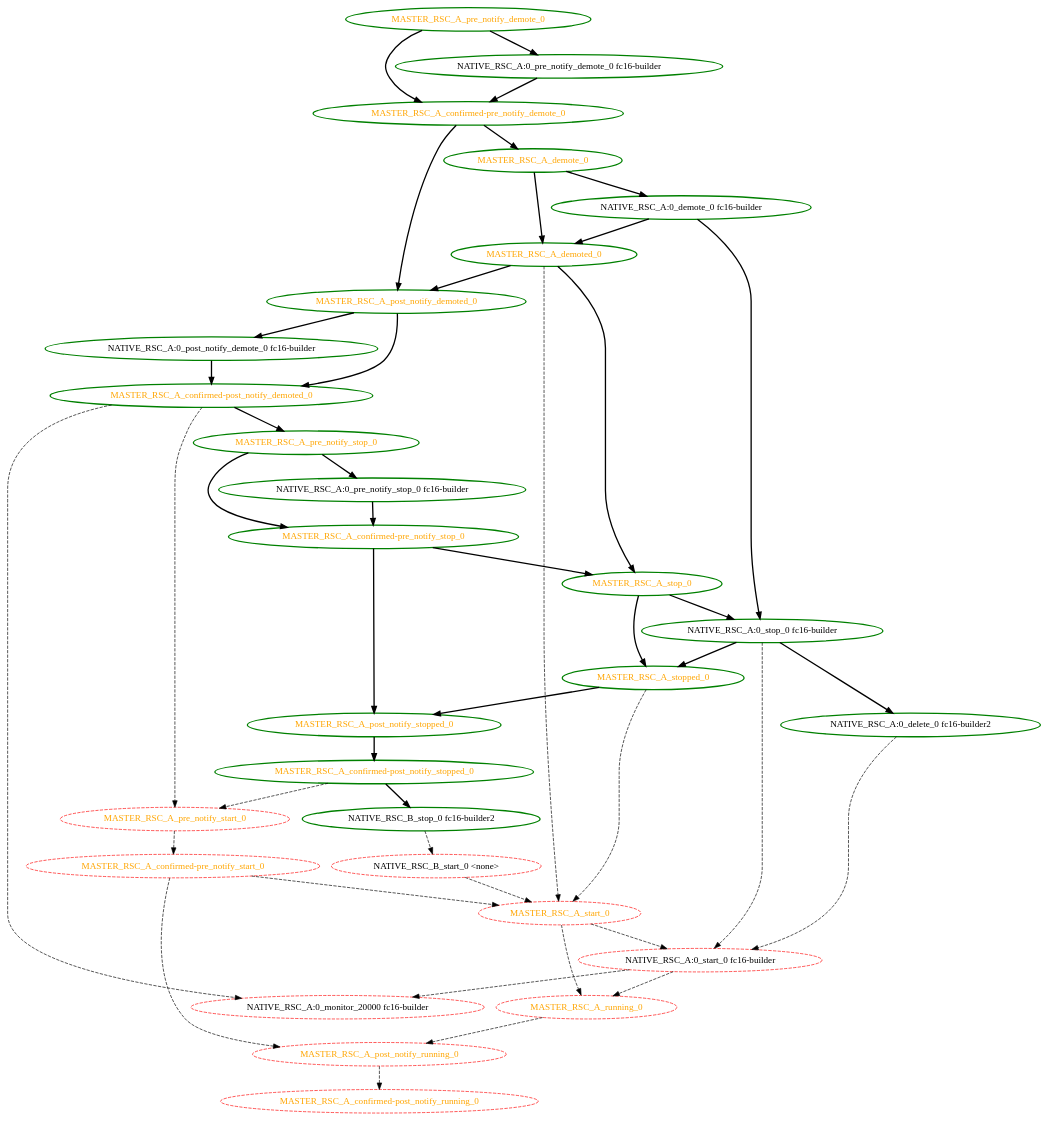
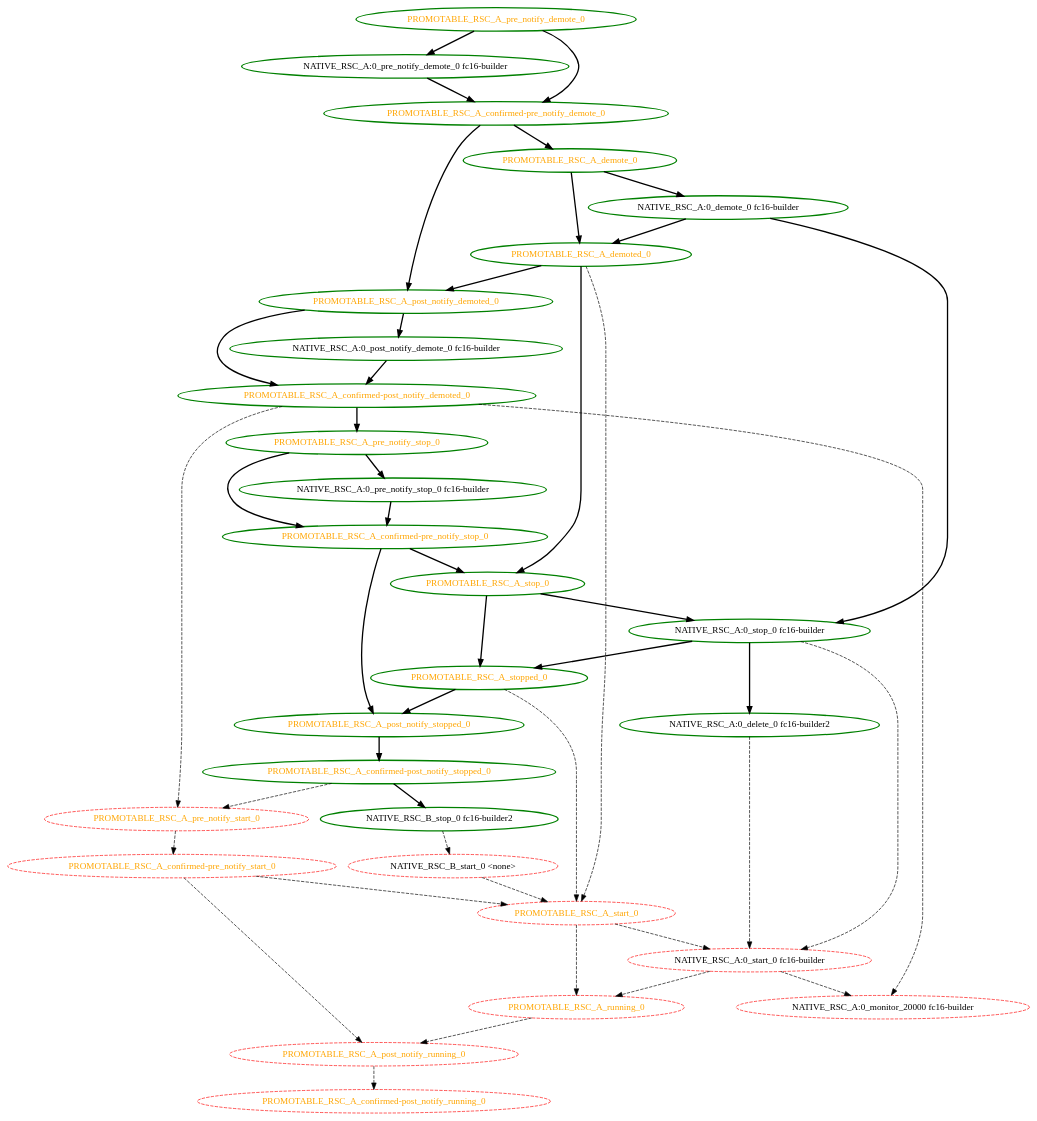
The diagram in cts/scheduler/dot/order_constraint_stops_promoted.dot (ClusterLabs/pacemaker), drawn with Graphviz before and after one commit. The commit also changed 19 other files, not shown here.

```diff
--- a/cts/scheduler/dot/order_constraint_stops_promoted.dot
+++ b/cts/scheduler/dot/order_constraint_stops_promoted.dot
@@ -1,75 +1,75 @@
  digraph "g" {
-"MASTER_RSC_A_confirmed-post_notify_demoted_0" -> "MASTER_RSC_A_pre_notify_start_0" [ style = dashed]
-"MASTER_RSC_A_confirmed-post_notify_demoted_0" -> "MASTER_RSC_A_pre_notify_stop_0" [ style = bold]
-"MASTER_RSC_A_confirmed-post_notify_demoted_0" -> "NATIVE_RSC_A:0_monitor_20000 fc16-builder" [ style = dashed]
-"MASTER_RSC_A_confirmed-post_notify_demoted_0" [ style=bold color="green" fontcolor="orange"]
-"MASTER_RSC_A_confirmed-post_notify_running_0" [ style=dashed color="red" fontcolor="orange"]
-"MASTER_RSC_A_confirmed-post_notify_stopped_0" -> "MASTER_RSC_A_pre_notify_start_0" [ style = dashed]
-"MASTER_RSC_A_confirmed-post_notify_stopped_0" -> "NATIVE_RSC_B_stop_0 fc16-builder2" [ style = bold]
-"MASTER_RSC_A_confirmed-post_notify_stopped_0" [ style=bold color="green" fontcolor="orange"]
-"MASTER_RSC_A_confirmed-pre_notify_demote_0" -> "MASTER_RSC_A_demote_0" [ style = bold]
-"MASTER_RSC_A_confirmed-pre_notify_demote_0" -> "MASTER_RSC_A_post_notify_demoted_0" [ style = bold]
-"MASTER_RSC_A_confirmed-pre_notify_demote_0" [ style=bold color="green" fontcolor="orange"]
-"MASTER_RSC_A_confirmed-pre_notify_start_0" -> "MASTER_RSC_A_post_notify_running_0" [ style = dashed]
-"MASTER_RSC_A_confirmed-pre_notify_start_0" -> "MASTER_RSC_A_start_0" [ style = dashed]
-"MASTER_RSC_A_confirmed-pre_notify_start_0" [ style=dashed color="red" fontcolor="orange"]
-"MASTER_RSC_A_confirmed-pre_notify_stop_0" -> "MASTER_RSC_A_post_notify_stopped_0" [ style = bold]
-"MASTER_RSC_A_confirmed-pre_notify_stop_0" -> "MASTER_RSC_A_stop_0" [ style = bold]
-"MASTER_RSC_A_confirmed-pre_notify_stop_0" [ style=bold color="green" fontcolor="orange"]
-"MASTER_RSC_A_demote_0" -> "MASTER_RSC_A_demoted_0" [ style = bold]
-"MASTER_RSC_A_demote_0" -> "NATIVE_RSC_A:0_demote_0 fc16-builder" [ style = bold]
-"MASTER_RSC_A_demote_0" [ style=bold color="green" fontcolor="orange"]
-"MASTER_RSC_A_demoted_0" -> "MASTER_RSC_A_post_notify_demoted_0" [ style = bold]
-"MASTER_RSC_A_demoted_0" -> "MASTER_RSC_A_start_0" [ style = dashed]
-"MASTER_RSC_A_demoted_0" -> "MASTER_RSC_A_stop_0" [ style = bold]
-"MASTER_RSC_A_demoted_0" [ style=bold color="green" fontcolor="orange"]
-"MASTER_RSC_A_post_notify_demoted_0" -> "MASTER_RSC_A_confirmed-post_notify_demoted_0" [ style = bold]
-"MASTER_RSC_A_post_notify_demoted_0" -> "NATIVE_RSC_A:0_post_notify_demote_0 fc16-builder" [ style = bold]
-"MASTER_RSC_A_post_notify_demoted_0" [ style=bold color="green" fontcolor="orange"]
-"MASTER_RSC_A_post_notify_running_0" -> "MASTER_RSC_A_confirmed-post_notify_running_0" [ style = dashed]
-"MASTER_RSC_A_post_notify_running_0" [ style=dashed color="red" fontcolor="orange"]
-"MASTER_RSC_A_post_notify_stopped_0" -> "MASTER_RSC_A_confirmed-post_notify_stopped_0" [ style = bold]
-"MASTER_RSC_A_post_notify_stopped_0" [ style=bold color="green" fontcolor="orange"]
-"MASTER_RSC_A_pre_notify_demote_0" -> "MASTER_RSC_A_confirmed-pre_notify_demote_0" [ style = bold]
-"MASTER_RSC_A_pre_notify_demote_0" -> "NATIVE_RSC_A:0_pre_notify_demote_0 fc16-builder" [ style = bold]
-"MASTER_RSC_A_pre_notify_demote_0" [ style=bold color="green" fontcolor="orange"]
-"MASTER_RSC_A_pre_notify_start_0" -> "MASTER_RSC_A_confirmed-pre_notify_start_0" [ style = dashed]
-"MASTER_RSC_A_pre_notify_start_0" [ style=dashed color="red" fontcolor="orange"]
-"MASTER_RSC_A_pre_notify_stop_0" -> "MASTER_RSC_A_confirmed-pre_notify_stop_0" [ style = bold]
-"MASTER_RSC_A_pre_notify_stop_0" -> "NATIVE_RSC_A:0_pre_notify_stop_0 fc16-builder" [ style = bold]
-"MASTER_RSC_A_pre_notify_stop_0" [ style=bold color="green" fontcolor="orange"]
-"MASTER_RSC_A_running_0" -> "MASTER_RSC_A_post_notify_running_0" [ style = dashed]
-"MASTER_RSC_A_running_0" [ style=dashed color="red" fontcolor="orange"]
-"MASTER_RSC_A_start_0" -> "MASTER_RSC_A_running_0" [ style = dashed]
-"MASTER_RSC_A_start_0" -> "NATIVE_RSC_A:0_start_0 fc16-builder" [ style = dashed]
-"MASTER_RSC_A_start_0" [ style=dashed color="red" fontcolor="orange"]
-"MASTER_RSC_A_stop_0" -> "MASTER_RSC_A_stopped_0" [ style = bold]
-"MASTER_RSC_A_stop_0" -> "NATIVE_RSC_A:0_stop_0 fc16-builder" [ style = bold]
-"MASTER_RSC_A_stop_0" [ style=bold color="green" fontcolor="orange"]
-"MASTER_RSC_A_stopped_0" -> "MASTER_RSC_A_post_notify_stopped_0" [ style = bold]
-"MASTER_RSC_A_stopped_0" -> "MASTER_RSC_A_start_0" [ style = dashed]
-"MASTER_RSC_A_stopped_0" [ style=bold color="green" fontcolor="orange"]
 "NATIVE_RSC_A:0_delete_0 fc16-builder2" -> "NATIVE_RSC_A:0_start_0 fc16-builder" [ style = dashed]
 "NATIVE_RSC_A:0_delete_0 fc16-builder2" [ style=bold color="green" fontcolor="black"]
-"NATIVE_RSC_A:0_demote_0 fc16-builder" -> "MASTER_RSC_A_demoted_0" [ style = bold]
 "NATIVE_RSC_A:0_demote_0 fc16-builder" -> "NATIVE_RSC_A:0_stop_0 fc16-builder" [ style = bold]
+"NATIVE_RSC_A:0_demote_0 fc16-builder" -> "PROMOTABLE_RSC_A_demoted_0" [ style = bold]
 "NATIVE_RSC_A:0_demote_0 fc16-builder" [ style=bold color="green" fontcolor="black"]
 "NATIVE_RSC_A:0_monitor_20000 fc16-builder" [ style=dashed color="red" fontcolor="black"]
-"NATIVE_RSC_A:0_post_notify_demote_0 fc16-builder" -> "MASTER_RSC_A_confirmed-post_notify_demoted_0" [ style = bold]
+"NATIVE_RSC_A:0_post_notify_demote_0 fc16-builder" -> "PROMOTABLE_RSC_A_confirmed-post_notify_demoted_0" [ style = bold]
 "NATIVE_RSC_A:0_post_notify_demote_0 fc16-builder" [ style=bold color="green" fontcolor="black"]
-"NATIVE_RSC_A:0_pre_notify_demote_0 fc16-builder" -> "MASTER_RSC_A_confirmed-pre_notify_demote_0" [ style = bold]
+"NATIVE_RSC_A:0_pre_notify_demote_0 fc16-builder" -> "PROMOTABLE_RSC_A_confirmed-pre_notify_demote_0" [ style = bold]
 "NATIVE_RSC_A:0_pre_notify_demote_0 fc16-builder" [ style=bold color="green" fontcolor="black"]
-"NATIVE_RSC_A:0_pre_notify_stop_0 fc16-builder" -> "MASTER_RSC_A_confirmed-pre_notify_stop_0" [ style = bold]
+"NATIVE_RSC_A:0_pre_notify_stop_0 fc16-builder" -> "PROMOTABLE_RSC_A_confirmed-pre_notify_stop_0" [ style = bold]
 "NATIVE_RSC_A:0_pre_notify_stop_0 fc16-builder" [ style=bold color="green" fontcolor="black"]
-"NATIVE_RSC_A:0_start_0 fc16-builder" -> "MASTER_RSC_A_running_0" [ style = dashed]
 "NATIVE_RSC_A:0_start_0 fc16-builder" -> "NATIVE_RSC_A:0_monitor_20000 fc16-builder" [ style = dashed]
+"NATIVE_RSC_A:0_start_0 fc16-builder" -> "PROMOTABLE_RSC_A_running_0" [ style = dashed]
 "NATIVE_RSC_A:0_start_0 fc16-builder" [ style=dashed color="red" fontcolor="black"]
-"NATIVE_RSC_A:0_stop_0 fc16-builder" -> "MASTER_RSC_A_stopped_0" [ style = bold]
 "NATIVE_RSC_A:0_stop_0 fc16-builder" -> "NATIVE_RSC_A:0_delete_0 fc16-builder2" [ style = bold]
 "NATIVE_RSC_A:0_stop_0 fc16-builder" -> "NATIVE_RSC_A:0_start_0 fc16-builder" [ style = dashed]
+"NATIVE_RSC_A:0_stop_0 fc16-builder" -> "PROMOTABLE_RSC_A_stopped_0" [ style = bold]
 "NATIVE_RSC_A:0_stop_0 fc16-builder" [ style=bold color="green" fontcolor="black"]
-"NATIVE_RSC_B_start_0 <none>" -> "MASTER_RSC_A_start_0" [ style = dashed]
+"NATIVE_RSC_B_start_0 <none>" -> "PROMOTABLE_RSC_A_start_0" [ style = dashed]
 "NATIVE_RSC_B_start_0 <none>" [ style=dashed color="red" fontcolor="black"]
 "NATIVE_RSC_B_stop_0 fc16-builder2" -> "NATIVE_RSC_B_start_0 <none>" [ style = dashed]
 "NATIVE_RSC_B_stop_0 fc16-builder2" [ style=bold color="green" fontcolor="black"]
+"PROMOTABLE_RSC_A_confirmed-post_notify_demoted_0" -> "NATIVE_RSC_A:0_monitor_20000 fc16-builder" [ style = dashed]
+"PROMOTABLE_RSC_A_confirmed-post_notify_demoted_0" -> "PROMOTABLE_RSC_A_pre_notify_start_0" [ style = dashed]
+"PROMOTABLE_RSC_A_confirmed-post_notify_demoted_0" -> "PROMOTABLE_RSC_A_pre_notify_stop_0" [ style = bold]
+"PROMOTABLE_RSC_A_confirmed-post_notify_demoted_0" [ style=bold color="green" fontcolor="orange"]
+"PROMOTABLE_RSC_A_confirmed-post_notify_running_0" [ style=dashed color="red" fontcolor="orange"]
+"PROMOTABLE_RSC_A_confirmed-post_notify_stopped_0" -> "NATIVE_RSC_B_stop_0 fc16-builder2" [ style = bold]
+"PROMOTABLE_RSC_A_confirmed-post_notify_stopped_0" -> "PROMOTABLE_RSC_A_pre_notify_start_0" [ style = dashed]
+"PROMOTABLE_RSC_A_confirmed-post_notify_stopped_0" [ style=bold color="green" fontcolor="orange"]
+"PROMOTABLE_RSC_A_confirmed-pre_notify_demote_0" -> "PROMOTABLE_RSC_A_demote_0" [ style = bold]
+"PROMOTABLE_RSC_A_confirmed-pre_notify_demote_0" -> "PROMOTABLE_RSC_A_post_notify_demoted_0" [ style = bold]
+"PROMOTABLE_RSC_A_confirmed-pre_notify_demote_0" [ style=bold color="green" fontcolor="orange"]
+"PROMOTABLE_RSC_A_confirmed-pre_notify_start_0" -> "PROMOTABLE_RSC_A_post_notify_running_0" [ style = dashed]
+"PROMOTABLE_RSC_A_confirmed-pre_notify_start_0" -> "PROMOTABLE_RSC_A_start_0" [ style = dashed]
+"PROMOTABLE_RSC_A_confirmed-pre_notify_start_0" [ style=dashed color="red" fontcolor="orange"]
+"PROMOTABLE_RSC_A_confirmed-pre_notify_stop_0" -> "PROMOTABLE_RSC_A_post_notify_stopped_0" [ style = bold]
+"PROMOTABLE_RSC_A_confirmed-pre_notify_stop_0" -> "PROMOTABLE_RSC_A_stop_0" [ style = bold]
+"PROMOTABLE_RSC_A_confirmed-pre_notify_stop_0" [ style=bold color="green" fontcolor="orange"]
+"PROMOTABLE_RSC_A_demote_0" -> "NATIVE_RSC_A:0_demote_0 fc16-builder" [ style = bold]
+"PROMOTABLE_RSC_A_demote_0" -> "PROMOTABLE_RSC_A_demoted_0" [ style = bold]
+"PROMOTABLE_RSC_A_demote_0" [ style=bold color="green" fontcolor="orange"]
+"PROMOTABLE_RSC_A_demoted_0" -> "PROMOTABLE_RSC_A_post_notify_demoted_0" [ style = bold]
+"PROMOTABLE_RSC_A_demoted_0" -> "PROMOTABLE_RSC_A_start_0" [ style = dashed]
+"PROMOTABLE_RSC_A_demoted_0" -> "PROMOTABLE_RSC_A_stop_0" [ style = bold]
+"PROMOTABLE_RSC_A_demoted_0" [ style=bold color="green" fontcolor="orange"]
+"PROMOTABLE_RSC_A_post_notify_demoted_0" -> "NATIVE_RSC_A:0_post_notify_demote_0 fc16-builder" [ style = bold]
+"PROMOTABLE_RSC_A_post_notify_demoted_0" -> "PROMOTABLE_RSC_A_confirmed-post_notify_demoted_0" [ style = bold]
+"PROMOTABLE_RSC_A_post_notify_demoted_0" [ style=bold color="green" fontcolor="orange"]
+"PROMOTABLE_RSC_A_post_notify_running_0" -> "PROMOTABLE_RSC_A_confirmed-post_notify_running_0" [ style = dashed]
+"PROMOTABLE_RSC_A_post_notify_running_0" [ style=dashed color="red" fontcolor="orange"]
+"PROMOTABLE_RSC_A_post_notify_stopped_0" -> "PROMOTABLE_RSC_A_confirmed-post_notify_stopped_0" [ style = bold]
+"PROMOTABLE_RSC_A_post_notify_stopped_0" [ style=bold color="green" fontcolor="orange"]
+"PROMOTABLE_RSC_A_pre_notify_demote_0" -> "NATIVE_RSC_A:0_pre_notify_demote_0 fc16-builder" [ style = bold]
+"PROMOTABLE_RSC_A_pre_notify_demote_0" -> "PROMOTABLE_RSC_A_confirmed-pre_notify_demote_0" [ style = bold]
+"PROMOTABLE_RSC_A_pre_notify_demote_0" [ style=bold color="green" fontcolor="orange"]
+"PROMOTABLE_RSC_A_pre_notify_start_0" -> "PROMOTABLE_RSC_A_confirmed-pre_notify_start_0" [ style = dashed]
+"PROMOTABLE_RSC_A_pre_notify_start_0" [ style=dashed color="red" fontcolor="orange"]
+"PROMOTABLE_RSC_A_pre_notify_stop_0" -> "NATIVE_RSC_A:0_pre_notify_stop_0 fc16-builder" [ style = bold]
+"PROMOTABLE_RSC_A_pre_notify_stop_0" -> "PROMOTABLE_RSC_A_confirmed-pre_notify_stop_0" [ style = bold]
+"PROMOTABLE_RSC_A_pre_notify_stop_0" [ style=bold color="green" fontcolor="orange"]
+"PROMOTABLE_RSC_A_running_0" -> "PROMOTABLE_RSC_A_post_notify_running_0" [ style = dashed]
+"PROMOTABLE_RSC_A_running_0" [ style=dashed color="red" fontcolor="orange"]
+"PROMOTABLE_RSC_A_start_0" -> "NATIVE_RSC_A:0_start_0 fc16-builder" [ style = dashed]
+"PROMOTABLE_RSC_A_start_0" -> "PROMOTABLE_RSC_A_running_0" [ style = dashed]
+"PROMOTABLE_RSC_A_start_0" [ style=dashed color="red" fontcolor="orange"]
+"PROMOTABLE_RSC_A_stop_0" -> "NATIVE_RSC_A:0_stop_0 fc16-builder" [ style = bold]
+"PROMOTABLE_RSC_A_stop_0" -> "PROMOTABLE_RSC_A_stopped_0" [ style = bold]
+"PROMOTABLE_RSC_A_stop_0" [ style=bold color="green" fontcolor="orange"]
+"PROMOTABLE_RSC_A_stopped_0" -> "PROMOTABLE_RSC_A_post_notify_stopped_0" [ style = bold]
+"PROMOTABLE_RSC_A_stopped_0" -> "PROMOTABLE_RSC_A_start_0" [ style = dashed]
+"PROMOTABLE_RSC_A_stopped_0" [ style=bold color="green" fontcolor="orange"]
 }
```
